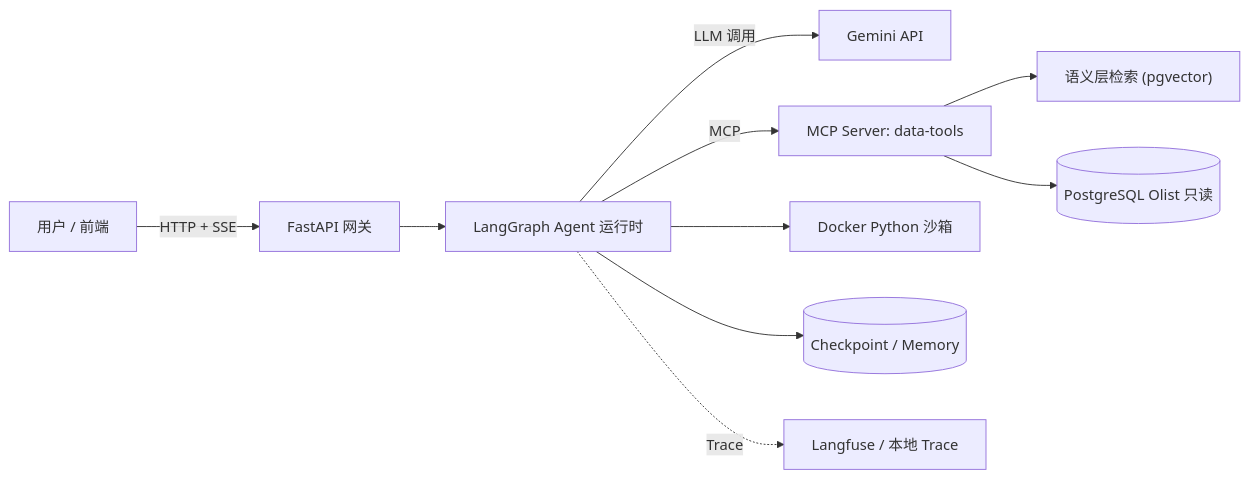
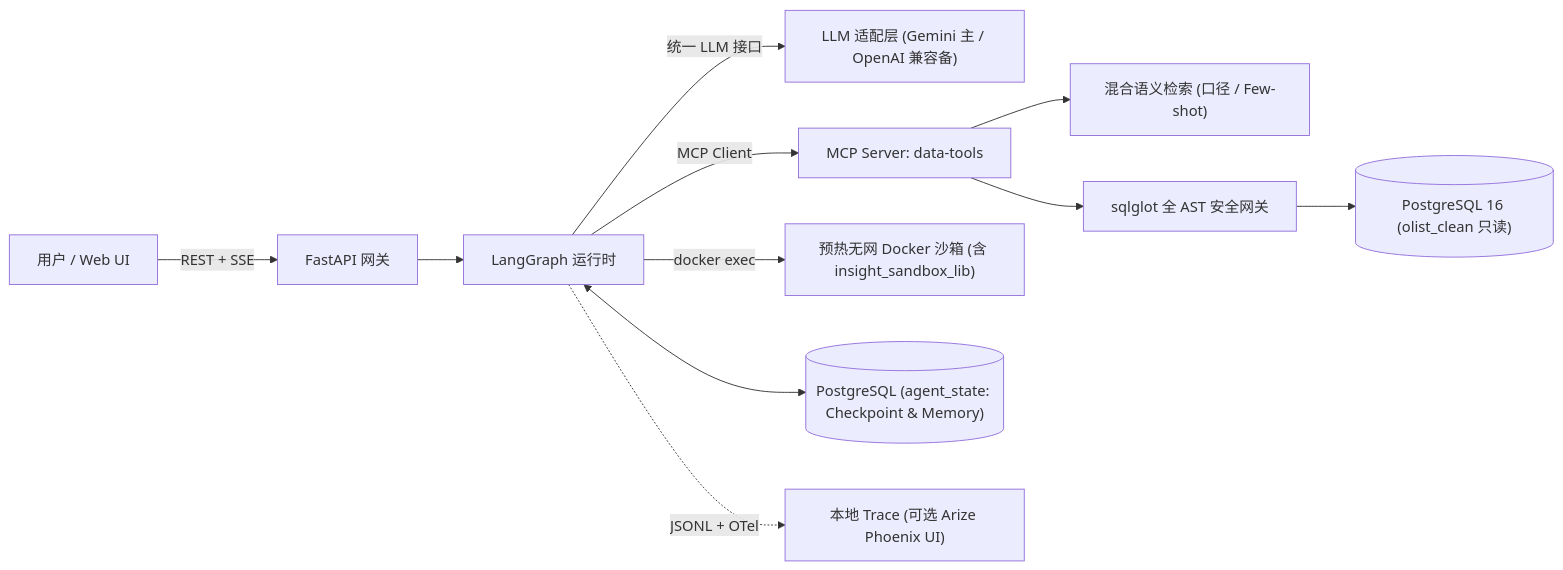
Before and after one commit to xust-wx/insight-agent: the first of 2 diagrams in docs/02_TDD.md, drawn with Mermaid. The commit also changed other lines of this file and 15 other files, not shown here.

````diff
--- a/docs/02_TDD.md
+++ b/docs/02_TDD.md
@@ -7,12 +7,13 @@
 ```mermaid
 flowchart LR
-    U["用户 / 前端"] -->|"HTTP + SSE"| API["FastAPI 网关"]
-    API --> G["LangGraph Agent 运行时"]
-    G -->|"LLM 调用"| LLM["Gemini API"]
-    G -->|"MCP"| M["MCP Server: data-tools"]
-    M --> SEM["语义层检索 (pgvector)"]
-    M --> DB[("PostgreSQL Olist 只读")]
-    G --> SB["Docker Python 沙箱"]
-    G --> CK[("Checkpoint / Memory")]
-    G -.->|"Trace"| OBS["Langfuse / 本地 Trace"]
+    U["用户 / Web UI"] -->|"REST + SSE"| API["FastAPI 网关"]
+    API --> G["LangGraph 运行时"]
+    G -->|"统一 LLM 接口"| LLM["LLM 适配层 (Gemini 主 / OpenAI 兼容备)"]
+    G -->|"MCP Client"| M["MCP Server: data-tools"]
+    M --> SEM["混合语义检索 (口径 / Few-shot)"]
+    M --> AST["sqlglot 全 AST 安全网关"]
+    AST --> DB[("PostgreSQL 16 (olist_clean 只读)")]
+    G -->|"docker exec"| SB["预热无网 Docker 沙箱 (含 insight_sandbox_lib)"]
+    G <--> CK[("PostgreSQL (agent_state: Checkpoint & Memory)")]
+    G -.->|"JSONL + OTel"| OBS["本地 Trace (可选 Arize Phoenix UI)"]
 ```
````
